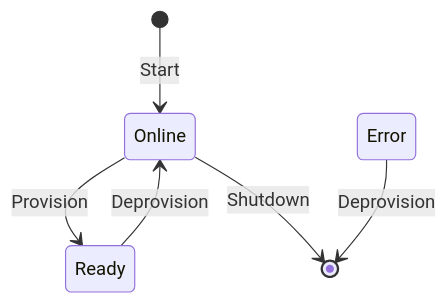
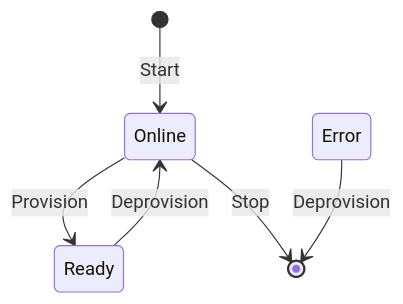
The diagram in docs/nodes.md (bitomia/realm), drawn with Mermaid before and after one commit. The commit also changed 6 other files, not shown here.

Commit message:
refactor: rename 'shutdown' command for nodes as 'stop'

````diff
--- a/docs/nodes.md
+++ b/docs/nodes.md
@@ -1,8 +1,8 @@
 ```mermaid
 stateDiagram-v2
     [*] --> Online: Start
     Online --> Ready: Provision
     Ready --> Online: Deprovision
-    Online --> [*]: Shutdown
+    Online --> [*]: Stop
     Error --> [*]: Deprovision
 ```
````
